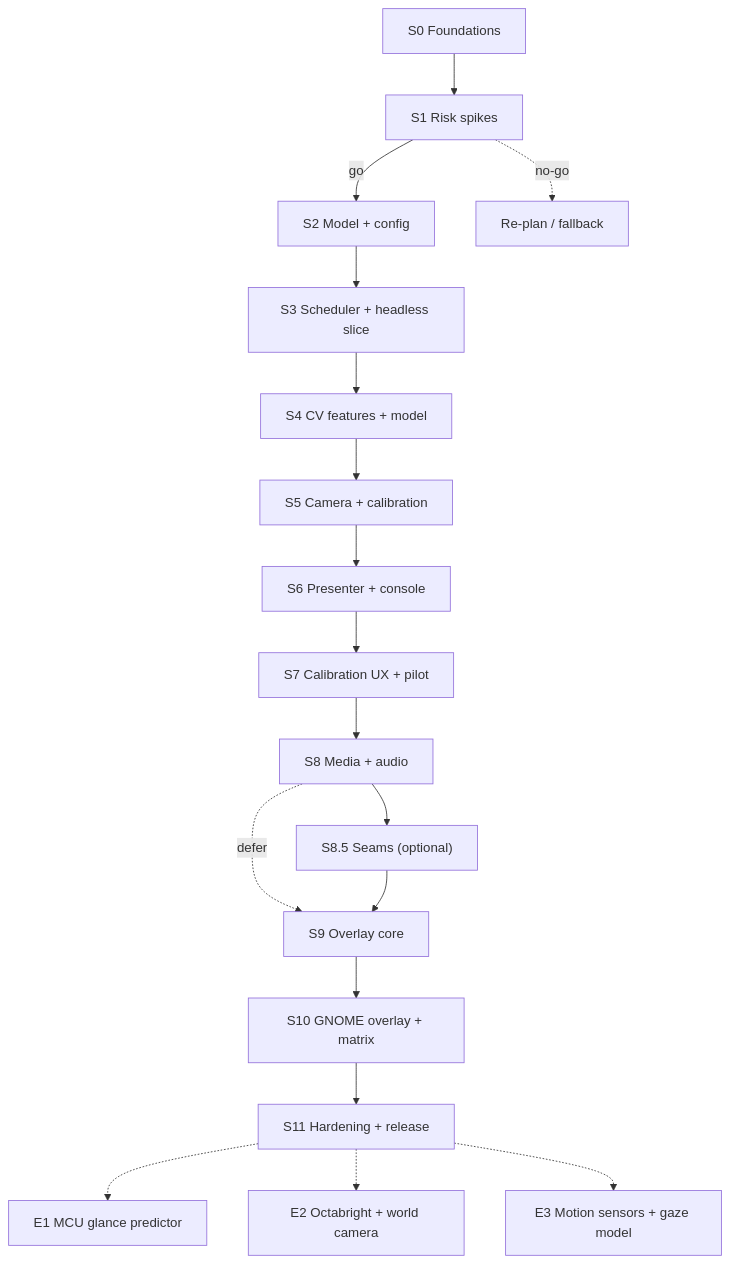
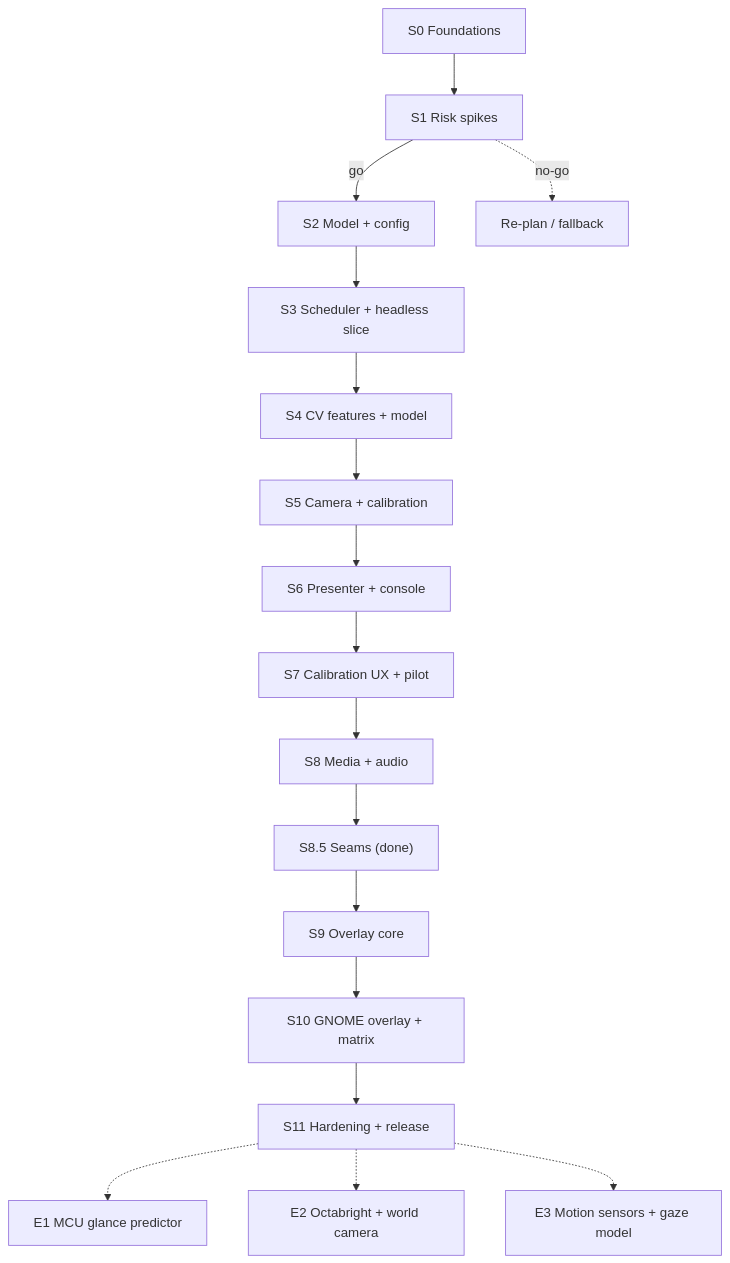
Before and after one commit to schmettow/yet-rs: the second of 2 diagrams in DEVELOPMENT_PLAN.md, drawn with Mermaid. The commit also changed other lines of this file and 42 other files, not shown here.

````diff
--- a/DEVELOPMENT_PLAN.md
+++ b/DEVELOPMENT_PLAN.md
@@ -514,20 +529,19 @@
 ```mermaid
 flowchart TD
     S0["S0 Foundations"] --> S1["S1 Risk spikes"]
     S1 -->|go| S2["S2 Model + config"]
     S1 -.->|no-go| R["Re-plan / fallback"]
     S2 --> S3["S3 Scheduler + headless slice"]
     S3 --> S4["S4 CV features + model"]
     S4 --> S5["S5 Camera + calibration"]
     S5 --> S6["S6 Presenter + console"]
     S6 --> S7["S7 Calibration UX + pilot"]
     S7 --> S8["S8 Media + audio"]
-    S8 --> S85["S8.5 Seams (optional)"]
-    S8 -.->|defer| S9
+    S8 --> S85["S8.5 Seams (done)"]
     S85 --> S9["S9 Overlay core"]
     S9 --> S10["S10 GNOME overlay + matrix"]
     S10 --> S11["S11 Hardening + release"]
     S11 -.-> E1["E1 MCU glance predictor"]
     S11 -.-> E2["E2 Octabright + world camera"]
     S11 -.-> E3["E3 Motion sensors + gaze model"]
 ```
````
